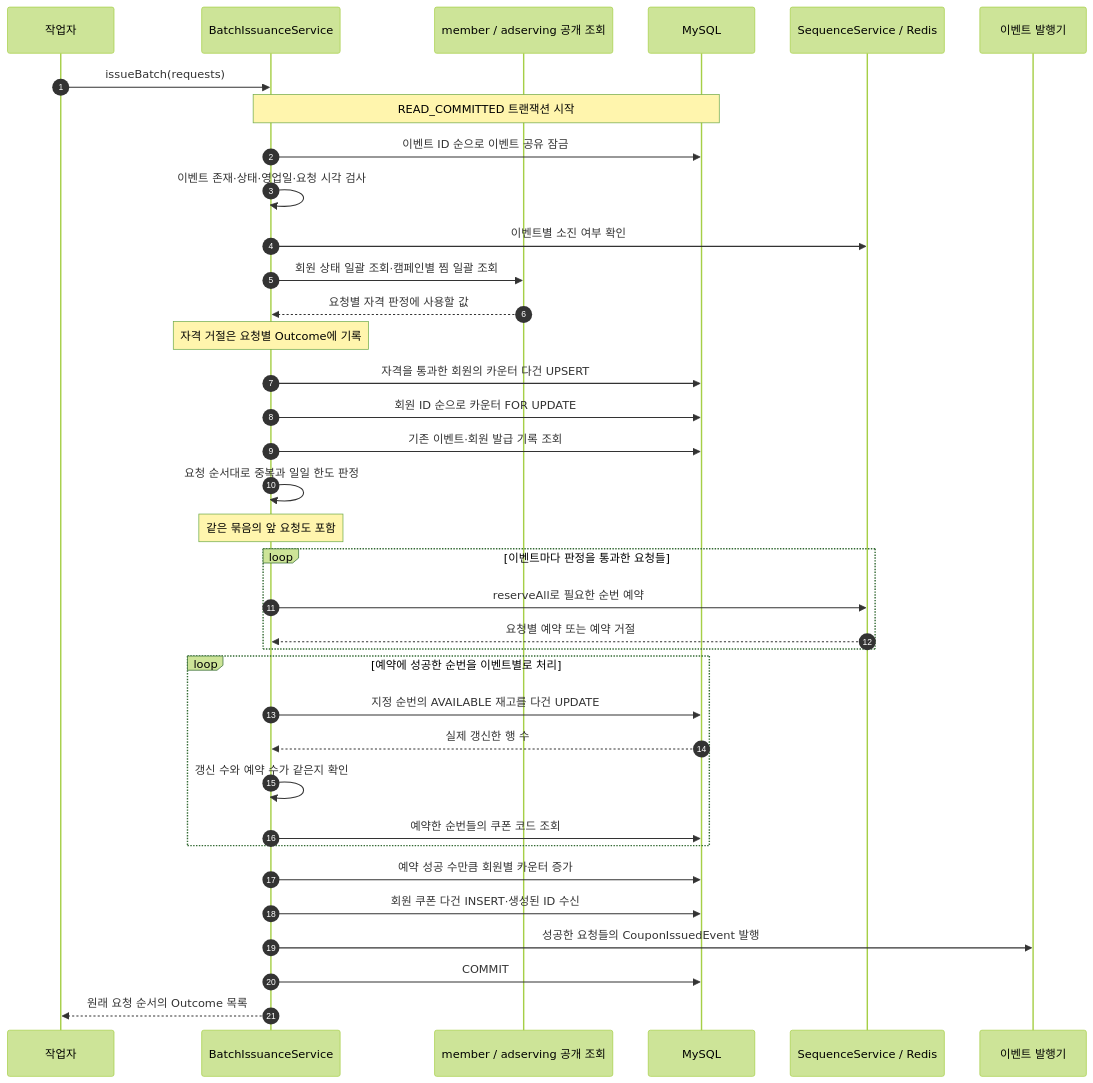
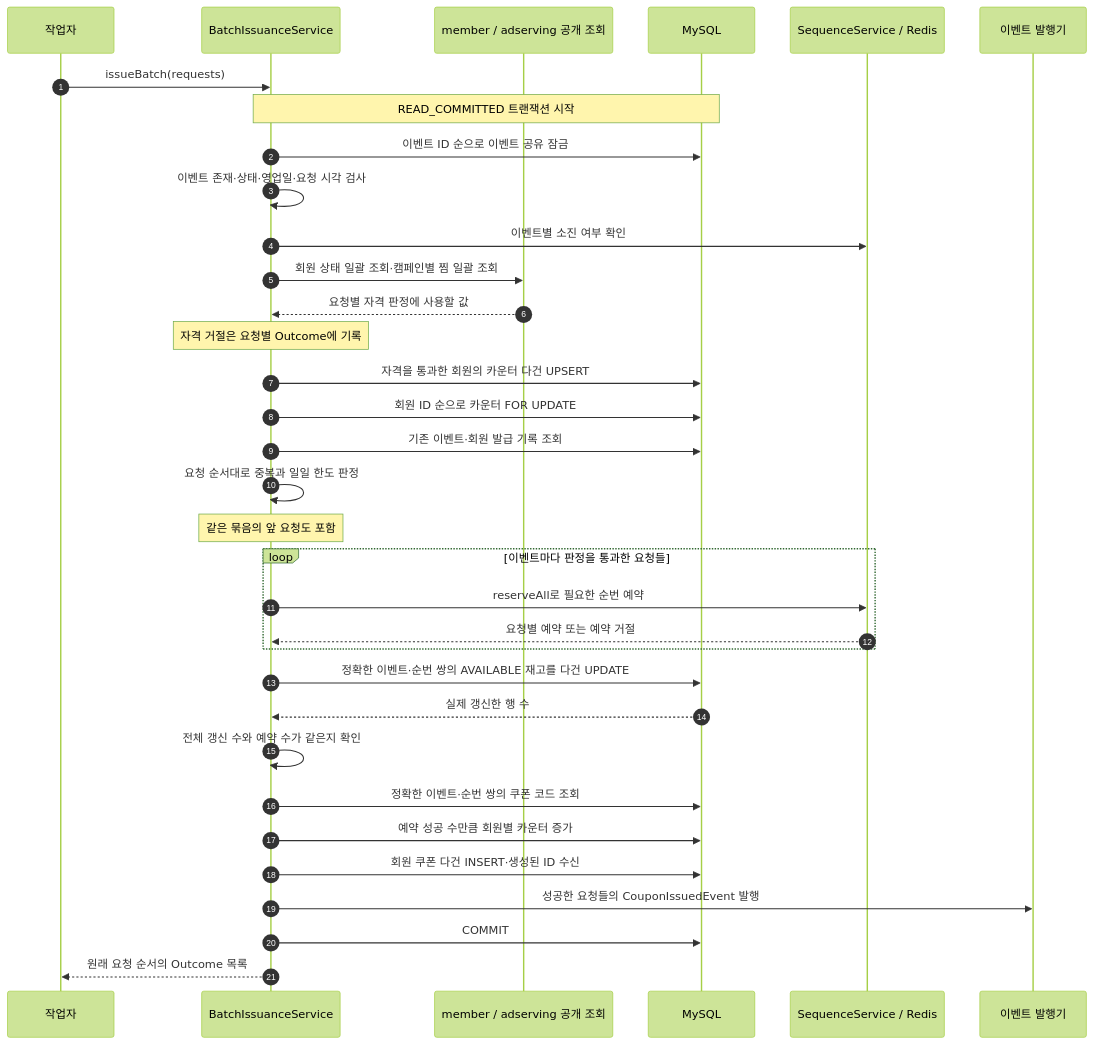
One commit to lunch-catch/lc-backend changed the second of 3 diagrams in docs/design/coupon/coupon-issuance-v3-design.md. Above: the diagram before and after it, drawn with Mermaid (forest theme). The commit also changed other lines of this file and 15 other files, not shown here.

````diff
--- a/docs/design/coupon/coupon-issuance-v3-design.md
+++ b/docs/design/coupon/coupon-issuance-v3-design.md
@@ -86,39 +84,37 @@
 ```mermaid
 sequenceDiagram
     autonumber
     participant W as 작업자
     participant S as BatchIssuanceService
     participant V as member / adserving 공개 조회
     participant D as MySQL
     participant R as SequenceService / Redis
     participant E as 이벤트 발행기
 
     W->>S: issueBatch(requests)
     Note over S,D: READ_COMMITTED 트랜잭션 시작
     S->>D: 이벤트 ID 순으로 이벤트 공유 잠금
     S->>S: 이벤트 존재·상태·영업일·요청 시각 검사
     S->>R: 이벤트별 소진 여부 확인
     S->>V: 회원 상태 일괄 조회·캠페인별 찜 일괄 조회
     V-->>S: 요청별 자격 판정에 사용할 값
     Note over S: 자격 거절은 요청별 Outcome에 기록
     S->>D: 자격을 통과한 회원의 카운터 다건 UPSERT
     S->>D: 회원 ID 순으로 카운터 FOR UPDATE
     S->>D: 기존 이벤트·회원 발급 기록 조회
     S->>S: 요청 순서대로 중복과 일일 한도 판정
     Note over S: 같은 묶음의 앞 요청도 포함
     loop 이벤트마다 판정을 통과한 요청들
         S->>R: reserveAll로 필요한 순번 예약
         R-->>S: 요청별 예약 또는 예약 거절
     end
-    loop 예약에 성공한 순번을 이벤트별로 처리
-        S->>D: 지정 순번의 AVAILABLE 재고를 다건 UPDATE
-        D-->>S: 실제 갱신한 행 수
-        S->>S: 갱신 수와 예약 수가 같은지 확인
-        S->>D: 예약한 순번들의 쿠폰 코드 조회
-    end
+    S->>D: 정확한 이벤트·순번 쌍의 AVAILABLE 재고를 다건 UPDATE
+    D-->>S: 실제 갱신한 행 수
+    S->>S: 전체 갱신 수와 예약 수가 같은지 확인
+    S->>D: 정확한 이벤트·순번 쌍의 쿠폰 코드 조회
     S->>D: 예약 성공 수만큼 회원별 카운터 증가
     S->>D: 회원 쿠폰 다건 INSERT·생성된 ID 수신
     S->>E: 성공한 요청들의 CouponIssuedEvent 발행
     S->>D: COMMIT
     S-->>W: 원래 요청 순서의 Outcome 목록
 ```
````
